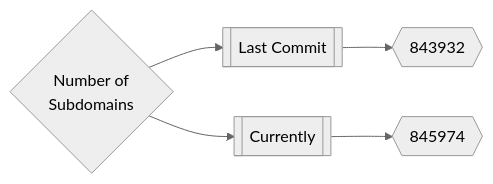
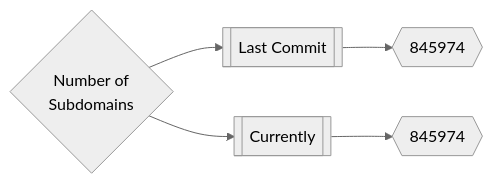
One commit to trickest/inventory changed the first of 3 diagrams in README.md. Above: the diagram before and after it, drawn with Mermaid (neutral theme).

Commit message:
Update README.md Thu Jun  2 14:21:42 UTC 2022

````diff
--- a/README.md
+++ b/README.md
@@ -165,5 +165,5 @@
 ```mermaid
 graph LR
-title{Number of<br>Subdomains} --> subdomainsDate1[[Last Commit]] --> subdomainsNum1{{843932}}
+title{Number of<br>Subdomains} --> subdomainsDate1[[Last Commit]] --> subdomainsNum1{{845974}}
 title --> subdomainsDate2[[Currently]] --> subdomainsNum2{{845974}}
 ```
````
